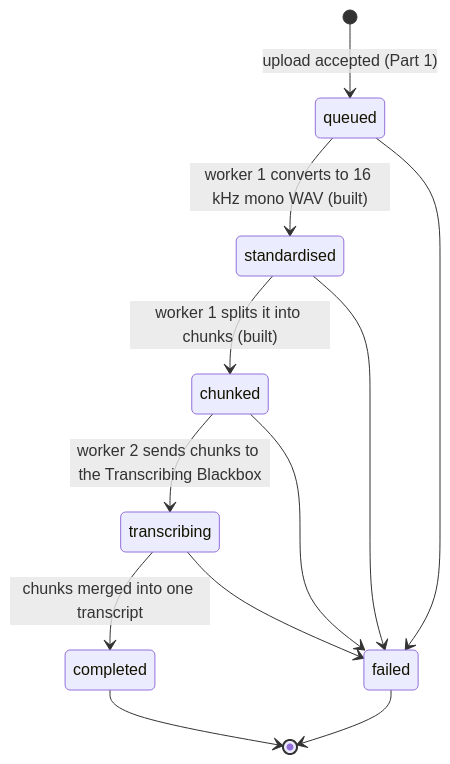
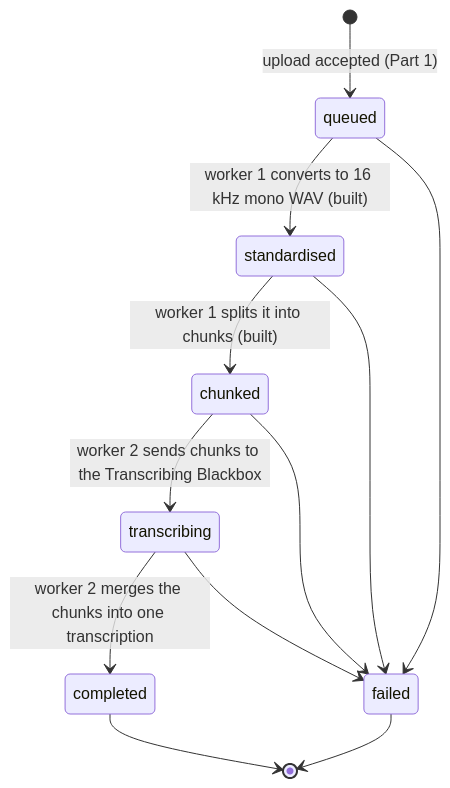
Before and after one commit to yahyalfc/audio-transcriptor: the sixth of 9 diagrams in README.md, drawn with Mermaid. The commit also changed other lines of this file and 4 other files, not shown here.

````diff
--- a/README.md
+++ b/README.md
@@ -301,14 +333,14 @@
 ```mermaid
 stateDiagram-v2
     [*] --> queued: upload accepted (Part 1)
     queued --> standardised: worker 1 converts to 16 kHz mono WAV (built)
     standardised --> chunked: worker 1 splits it into chunks (built)
     chunked --> transcribing: worker 2 sends chunks to the Transcribing Blackbox
-    transcribing --> completed: chunks merged into one transcript
+    transcribing --> completed: worker 2 merges the chunks into one transcription
     queued --> failed
     standardised --> failed
     chunked --> failed
     transcribing --> failed
     completed --> [*]
     failed --> [*]
 ```
````
